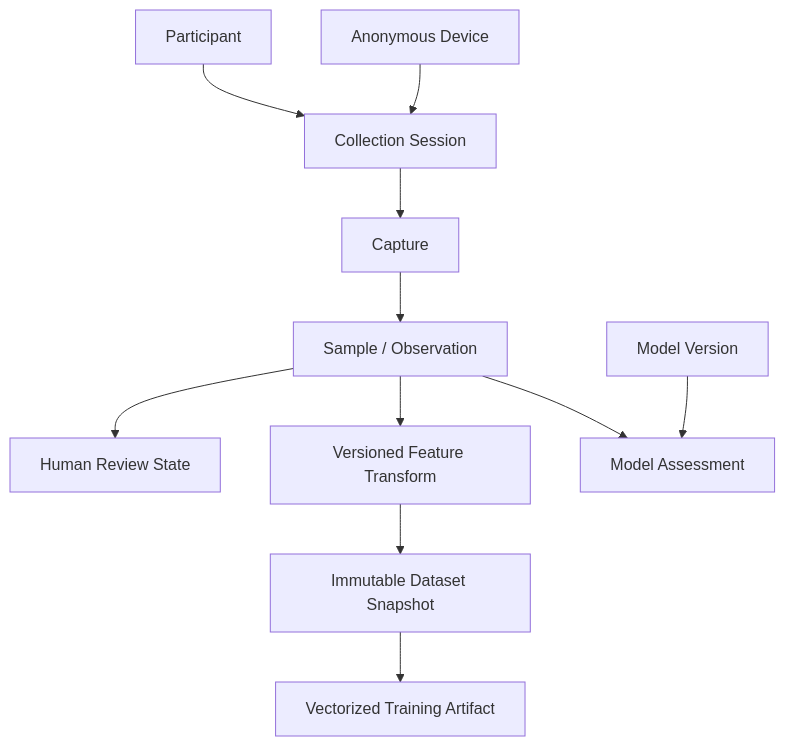
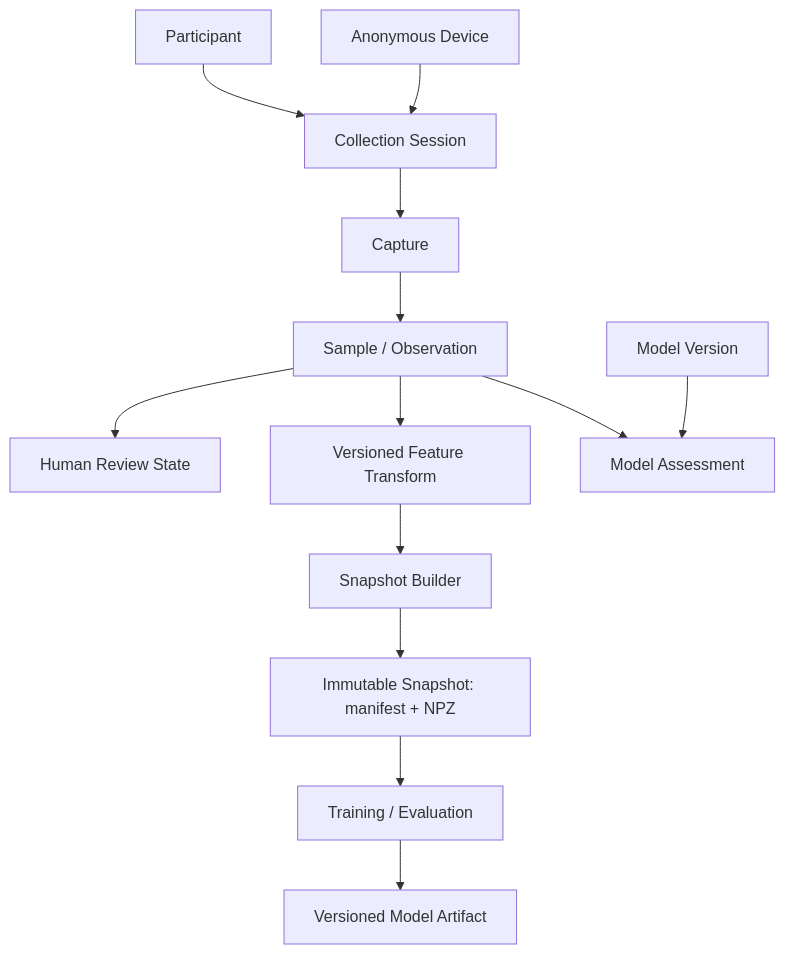
One commit to Abyss-Jc/Hand-D changed the second of 2 diagrams in docs/reference/architecture.md. Above: the diagram before and after it, drawn with Mermaid. The commit also changed other lines of this file and 4 other files, not shown here.

Commit message:
docs: finalize snapshot and model artifact contracts

````diff
--- a/docs/reference/architecture.md
+++ b/docs/reference/architecture.md
@@ -92,13 +94,15 @@
 ```mermaid
 flowchart TD
     P[Participant] --> S[Collection Session]
     D[Anonymous Device] --> S
     S --> C[Capture]
     C --> O[Sample / Observation]
     O --> R[Human Review State]
     O --> F[Versioned Feature Transform]
-    F --> SNAP[Immutable Dataset Snapshot]
-    SNAP --> T[Vectorized Training Artifact]
+    F --> SB[Snapshot Builder]
+    SB --> SNAP[Immutable Snapshot: manifest + NPZ]
+    SNAP --> T[Training / Evaluation]
+    T --> MA[Versioned Model Artifact]
     M[Model Version] --> A[Model Assessment]
     O --> A
 ```
````
